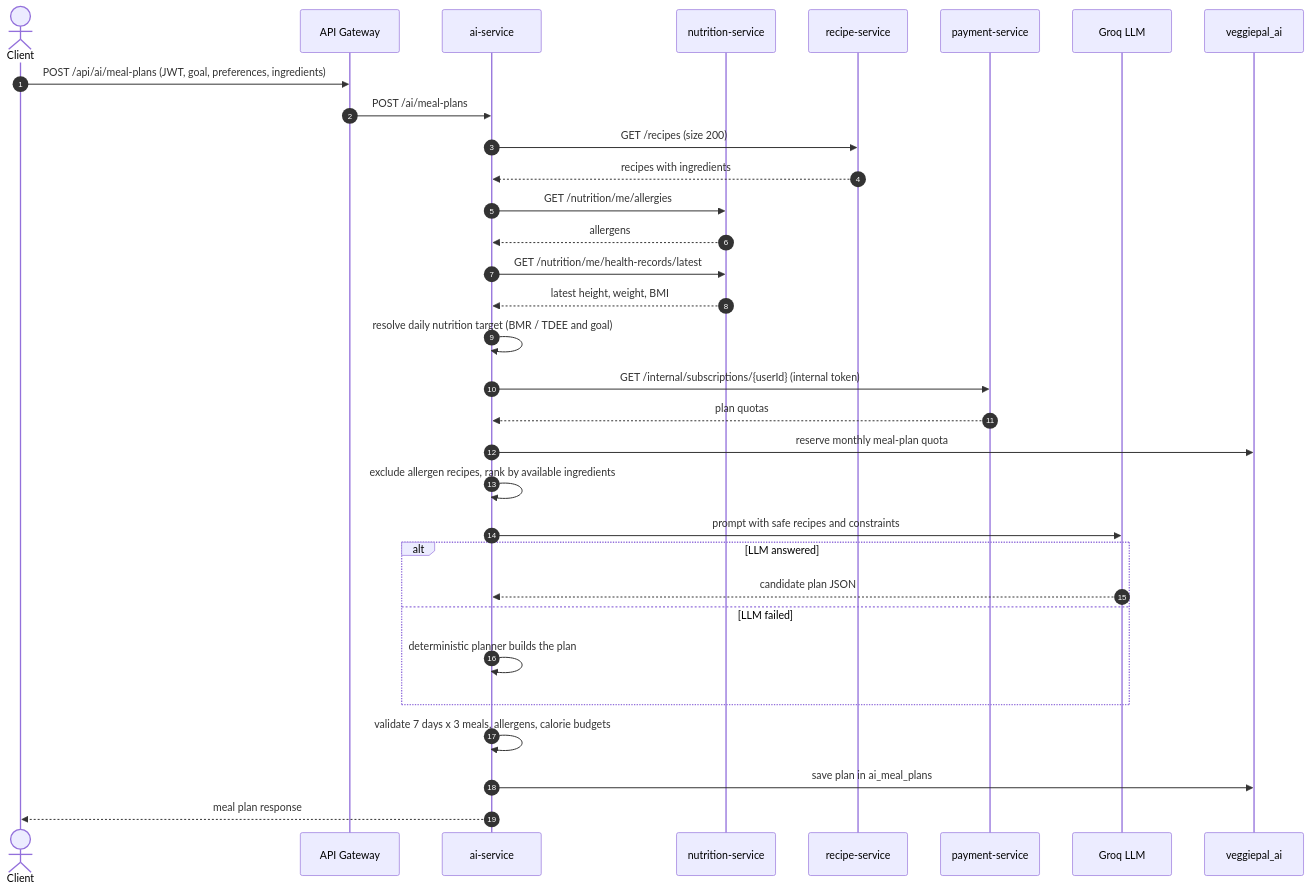
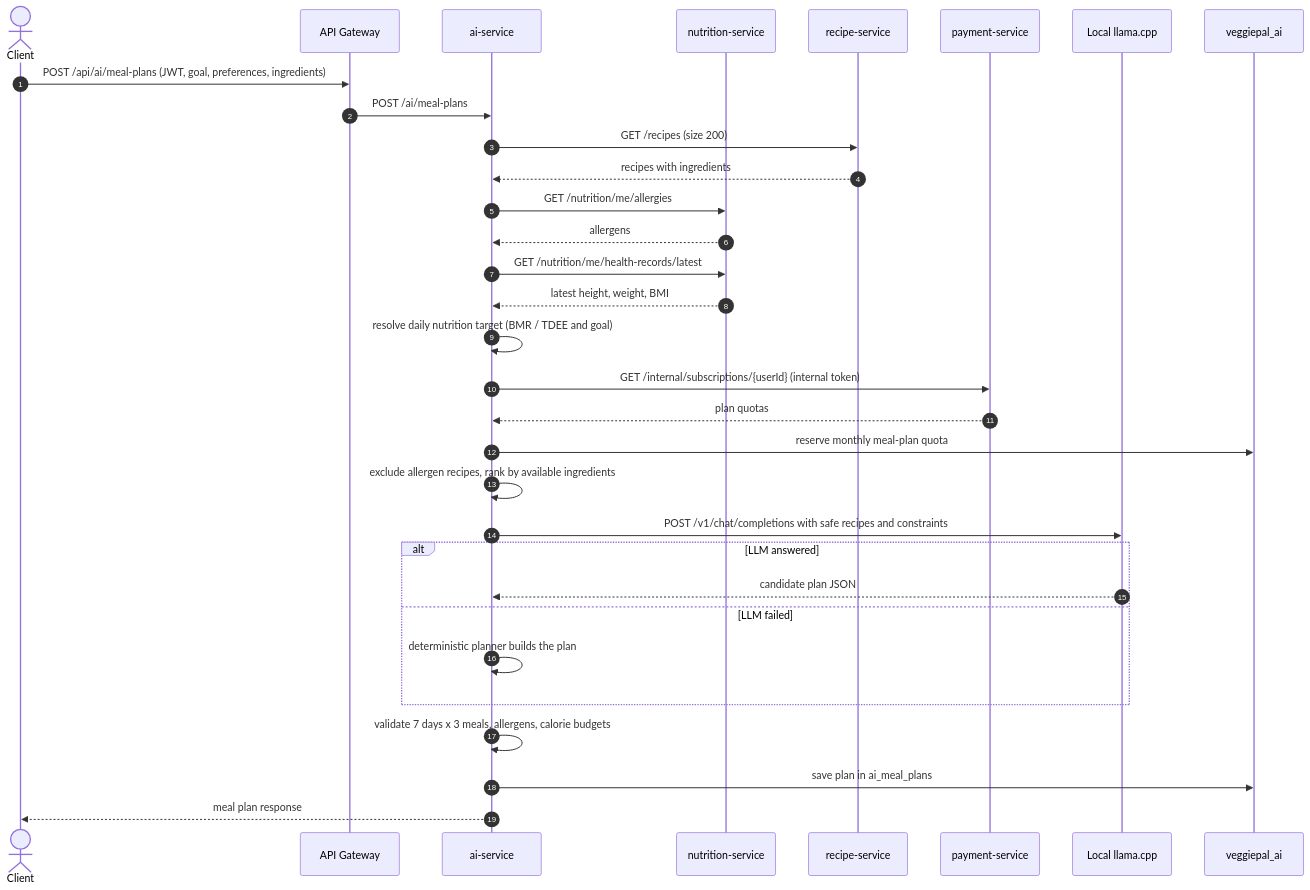
Diagram 13 of 19 in docs/PRM_CAPSTONE.md (Phu0312/VeggiePal-Microservice), drawn with Mermaid before and after one commit. The commit also changed other lines of this file and 64 other files, not shown here.

````diff
--- a/docs/PRM_CAPSTONE.md
+++ b/docs/PRM_CAPSTONE.md
@@ -959,35 +966,35 @@
 ```mermaid
 sequenceDiagram
     autonumber
     actor C as Client
     participant GW as API Gateway
     participant AI as ai-service
     participant NU as nutrition-service
     participant RE as recipe-service
     participant PA as payment-service
-    participant GQ as Groq LLM
+    participant GQ as Local llama.cpp
     participant DB as veggiepal_ai
 
     C->>GW: POST /api/ai/meal-plans (JWT, goal, preferences, ingredients)
     GW->>AI: POST /ai/meal-plans
     AI->>RE: GET /recipes (size 200)
     RE-->>AI: recipes with ingredients
     AI->>NU: GET /nutrition/me/allergies
     NU-->>AI: allergens
     AI->>NU: GET /nutrition/me/health-records/latest
     NU-->>AI: latest height, weight, BMI
     AI->>AI: resolve daily nutrition target (BMR / TDEE and goal)
     AI->>PA: GET /internal/subscriptions/{userId} (internal token)
     PA-->>AI: plan quotas
     AI->>DB: reserve monthly meal-plan quota
     AI->>AI: exclude allergen recipes, rank by available ingredients
-    AI->>GQ: prompt with safe recipes and constraints
+    AI->>GQ: POST /v1/chat/completions with safe recipes and constraints
     alt LLM answered
         GQ-->>AI: candidate plan JSON
     else LLM failed
         AI->>AI: deterministic planner builds the plan
     end
     AI->>AI: validate 7 days x 3 meals, allergens, calorie budgets
     AI->>DB: save plan in ai_meal_plans
     AI-->>C: meal plan response
 ```
````
